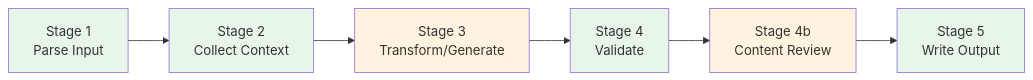
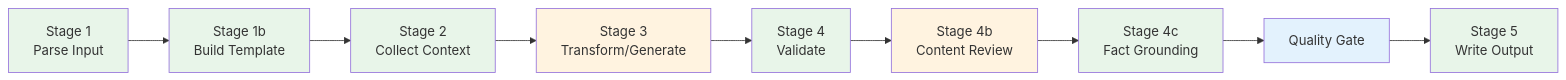
Before and after one commit to aymenmastouri/aicodegencrew: the first of 3 diagrams in docs/architecture/pipeline-pattern.md, drawn with Mermaid. The commit also changed other lines of this file and 11 other files, not shown here.

````diff
--- a/docs/architecture/pipeline-pattern.md
+++ b/docs/architecture/pipeline-pattern.md
@@ -28,15 +28,21 @@
 ```mermaid
 graph LR
-    S1[Stage 1<br/>Parse Input] --> S2[Stage 2<br/>Collect Context]
+    S1[Stage 1<br/>Parse Input] --> S1b[Stage 1b<br/>Build Template]
+    S1b --> S2[Stage 2<br/>Collect Context]
     S2 --> S3[Stage 3<br/>Transform/Generate]
     S3 --> S4[Stage 4<br/>Validate]
     S4 --> S4b[Stage 4b<br/>Content Review]
-    S4b --> S5[Stage 5<br/>Write Output]
+    S4b --> S4c[Stage 4c<br/>Fact Grounding]
+    S4c --> QG[Quality Gate]
+    QG --> S5[Stage 5<br/>Write Output]
 
     style S1 fill:#e8f5e9
+    style S1b fill:#e8f5e9
     style S2 fill:#e8f5e9
     style S3 fill:#fff3e0
     style S4 fill:#e8f5e9
     style S4b fill:#fff3e0
+    style S4c fill:#e8f5e9
+    style QG fill:#e3f2fd
     style S5 fill:#e8f5e9
 ```
````
